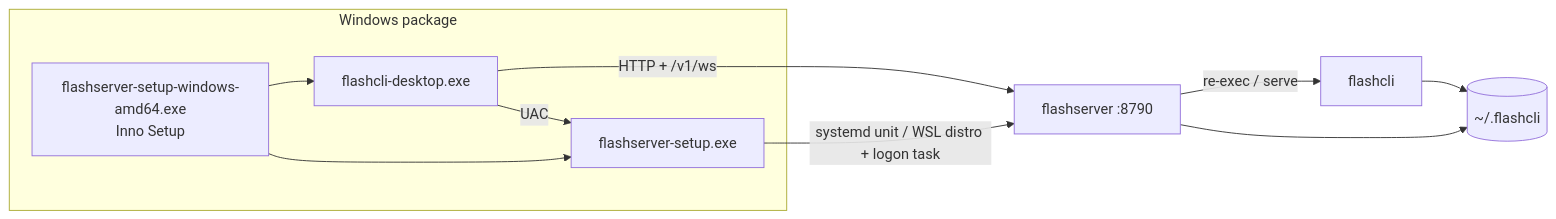
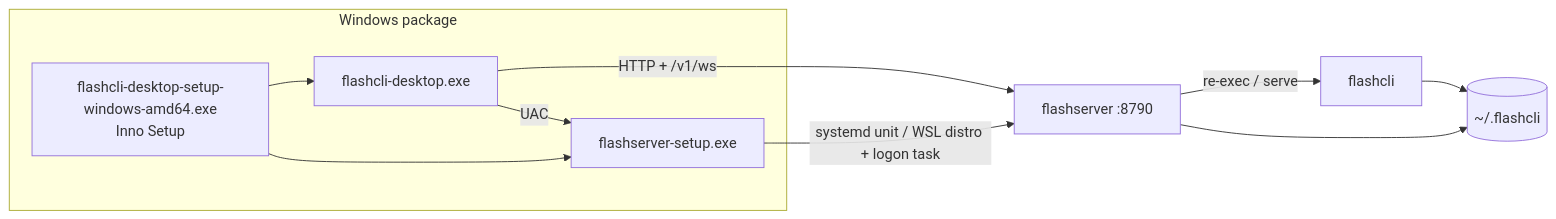
Before and after one commit to aodianyun/flashcli: the first of 2 diagrams in docs/architecture.md, drawn with Mermaid. The commit also changed 12 other files, not shown here.

````diff
--- a/docs/architecture.md
+++ b/docs/architecture.md
@@ -89,13 +89,13 @@
 ```mermaid
 flowchart LR
   subgraph WIN[Windows package]
-    ISS["flashserver-setup-windows-amd64.exe<br/>Inno Setup"] --> CLIENT[flashcli-desktop.exe]
+    ISS["flashcli-desktop-setup-windows-amd64.exe<br/>Inno Setup"] --> CLIENT[flashcli-desktop.exe]
     ISS --> SETUP[flashserver-setup.exe]
   end
   CLIENT -- "HTTP + /v1/ws" --> SRV["flashserver :8790"]
   CLIENT -- UAC --> SETUP
   SETUP -- "systemd unit / WSL distro + logon task" --> SRV
   SRV -- "re-exec / serve" --> CLI[flashcli]
   CLI --> HOST[(~/.flashcli)]
   SRV --> HOST
 ```
````
